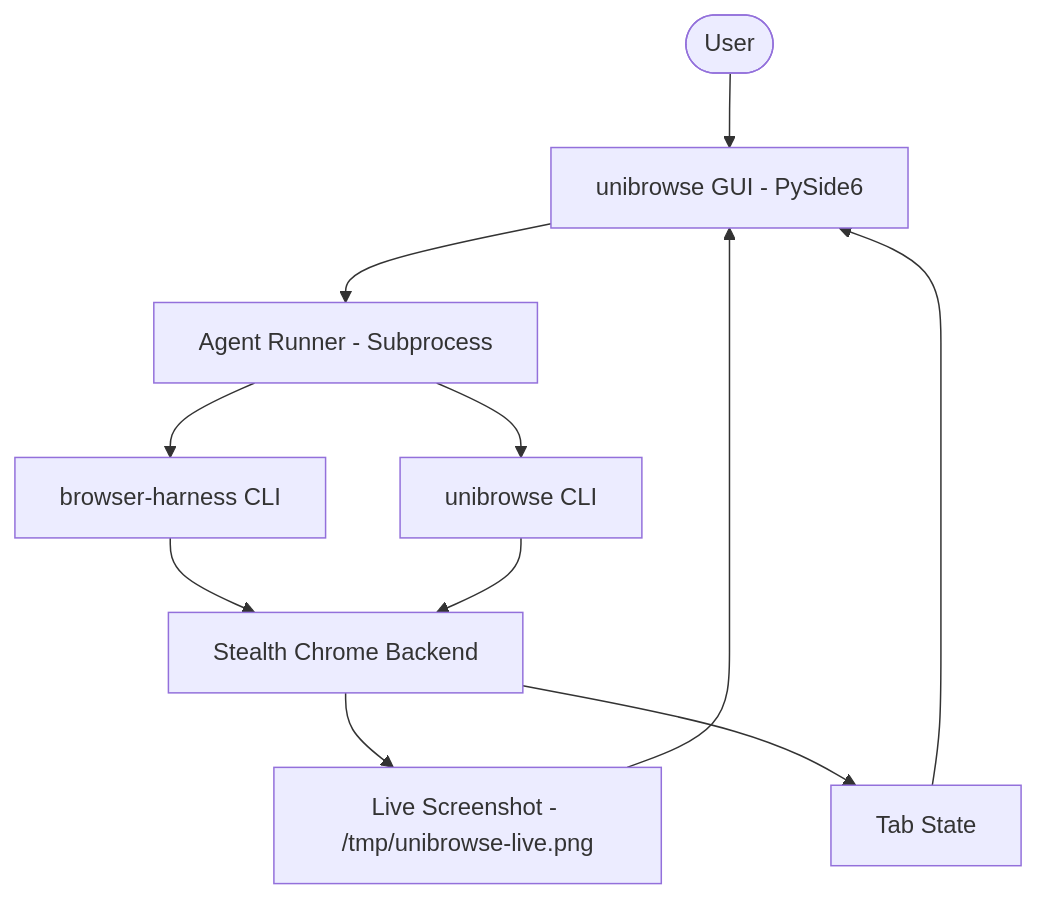
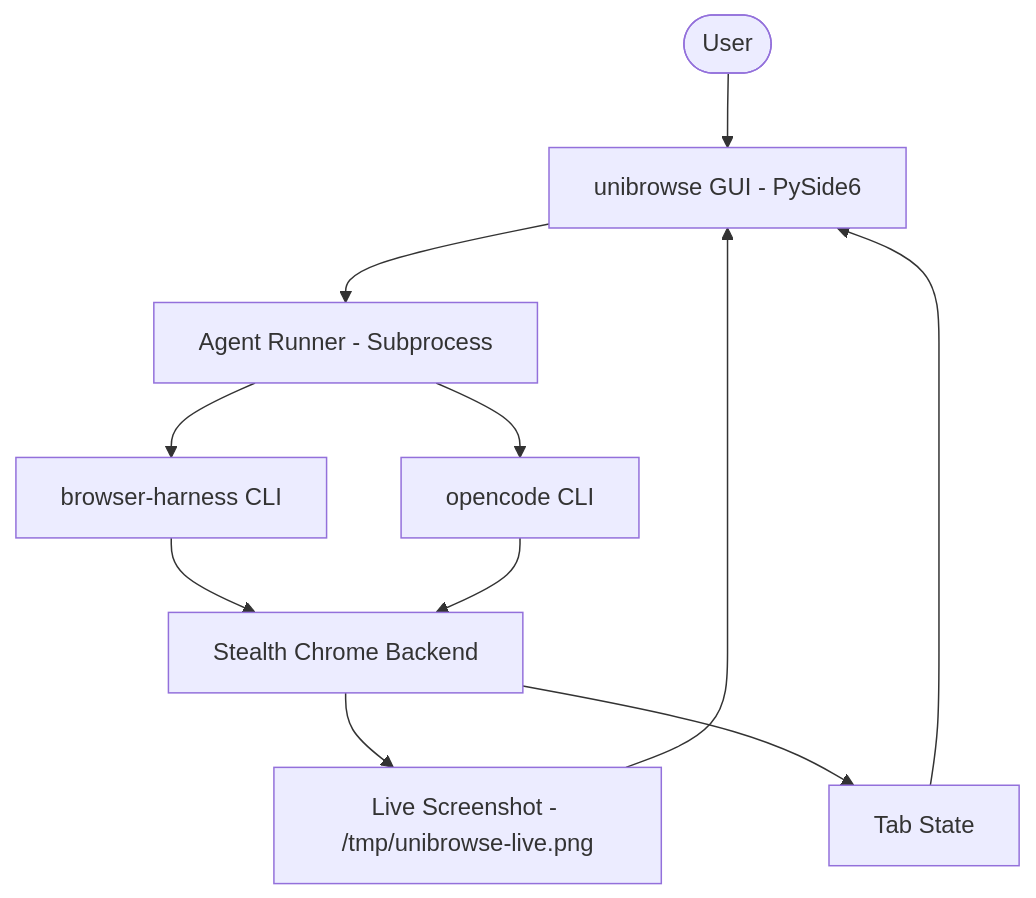
The diagram in ARCHITECTURE.md (WindowsRefundDay/unibrowse), drawn with Mermaid before and after one commit. The commit also changed other lines of this file and 1 other file, not shown here.

Commit message:
Correct nomenclature: unibrowse is a frontend, opencode is the foundational runtime

````diff
--- a/ARCHITECTURE.md
+++ b/ARCHITECTURE.md
@@ -9,13 +9,13 @@
 ```mermaid
 graph TD
     User([User]) --> GUI[unibrowse GUI - PySide6]
     GUI --> Runner[Agent Runner - Subprocess]
     Runner --> BH[browser-harness CLI]
-    Runner --> UB[unibrowse CLI]
+    Runner --> OC[opencode CLI]
     BH --> Chrome[Stealth Chrome Backend]
-    UB --> Chrome
+    OC --> Chrome
     Chrome --> Screenshot[Live Screenshot - /tmp/unibrowse-live.png]
     Screenshot --> GUI
     Chrome --> Tabs[Tab State]
     Tabs --> GUI
 ```
````
